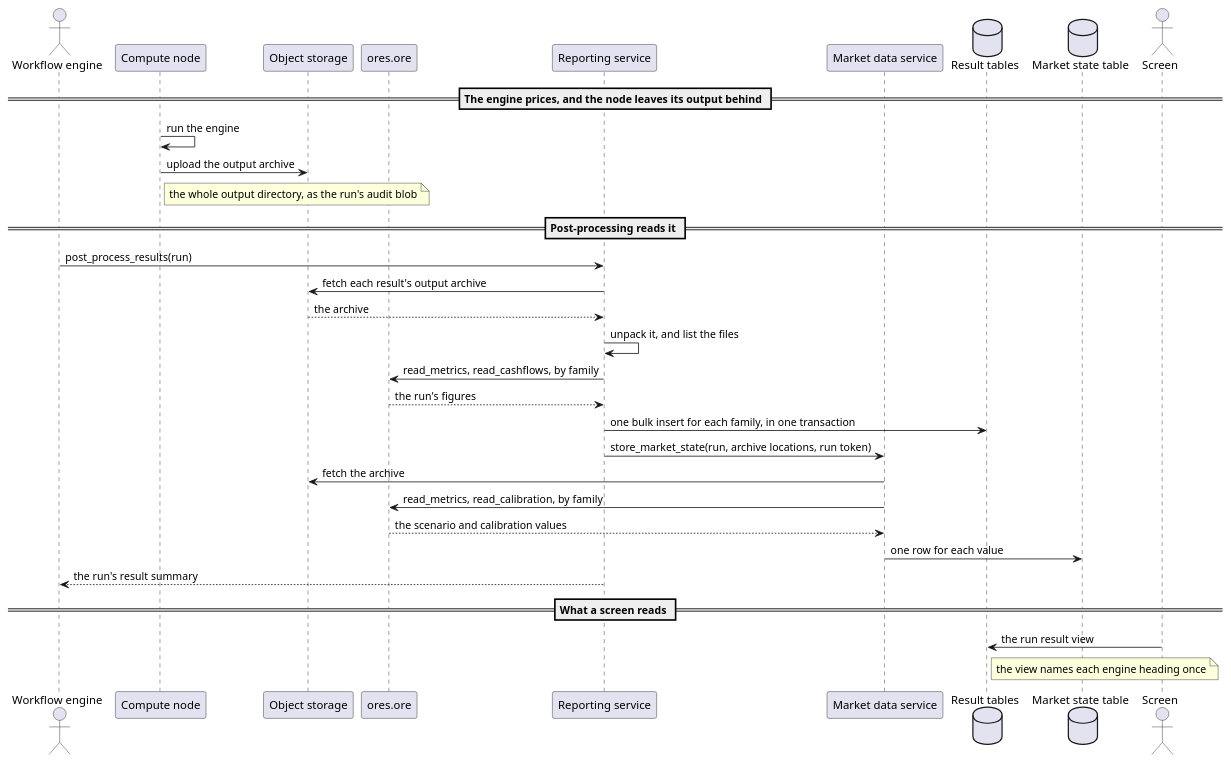
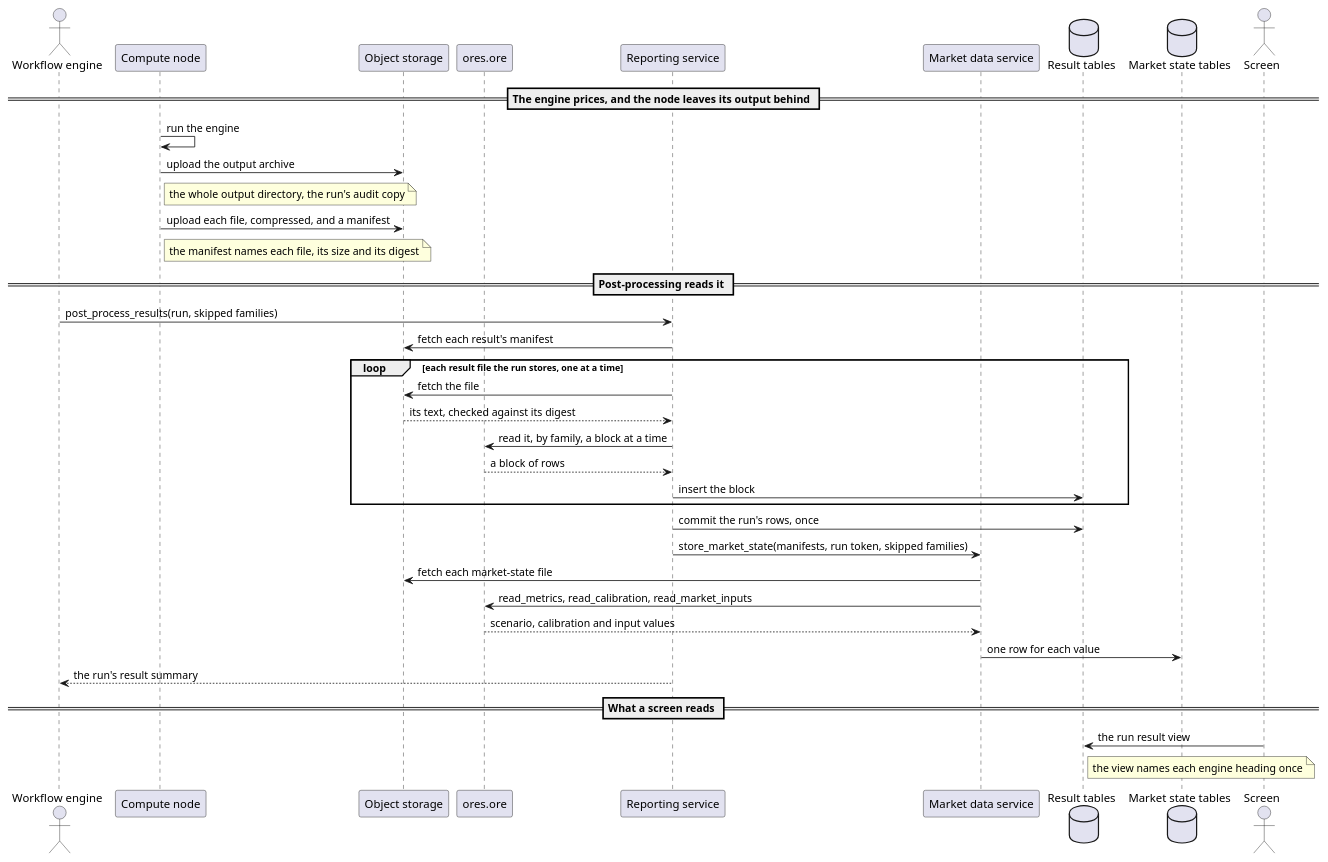
The diagram in doc/knowledge/architecture/report_post_processing_interaction.puml (OreStudio/OreStudio), drawn with PlantUML before and after one commit. The commit also changed 3 other files, not shown here.

First line of the commit message:
[doc] State how a report run's output becomes rows, as built

```diff
--- a/doc/knowledge/architecture/report_post_processing_interaction.puml
+++ b/doc/knowledge/architecture/report_post_processing_interaction.puml
@@ -1,35 +1,40 @@
 @startuml
 actor "Workflow engine" as wf
 participant "Compute node" as node
 participant "Object storage" as store
 participant "ores.ore" as ore
 participant "Reporting service" as reporting
 participant "Market data service" as marketdata
 database "Result tables" as results
-database "Market state table" as state
+database "Market state tables" as state
 
 == The engine prices, and the node leaves its output behind ==
 node -> node : run the engine
 node -> store : upload the output archive
-note right of node : the whole output directory, as the run's audit blob
+note right of node : the whole output directory, the run's audit copy
+node -> store : upload each file, compressed, and a manifest
+note right of node : the manifest names each file, its size and its digest
 
 == Post-processing reads it ==
-wf -> reporting : post_process_results(run)
-reporting -> store : fetch each result's output archive
-store --> reporting : the archive
-reporting -> reporting : unpack it, and list the files
-reporting -> ore : read_metrics, read_cashflows, by family
-ore --> reporting : the run's figures
-reporting -> results : one bulk insert for each family, in one transaction
-reporting -> marketdata : store_market_state(run, archive locations, run token)
-marketdata -> store : fetch the archive
-marketdata -> ore : read_metrics, read_calibration, by family
-ore --> marketdata : the scenario and calibration values
+wf -> reporting : post_process_results(run, skipped families)
+reporting -> store : fetch each result's manifest
+loop each result file the run stores, one at a time
+  reporting -> store : fetch the file
+  store --> reporting : its text, checked against its digest
+  reporting -> ore : read it, by family, a block at a time
+  ore --> reporting : a block of rows
+  reporting -> results : insert the block
+end
+reporting -> results : commit the run's rows, once
+reporting -> marketdata : store_market_state(manifests, run token, skipped families)
+marketdata -> store : fetch each market-state file
+marketdata -> ore : read_metrics, read_calibration, read_market_inputs
+ore --> marketdata : scenario, calibration and input values
 marketdata -> state : one row for each value
 reporting --> wf : the run's result summary
 
 == What a screen reads ==
 actor "Screen" as screen
 screen -> results : the run result view
 note right of results : the view names each engine heading once
 @enduml
```
